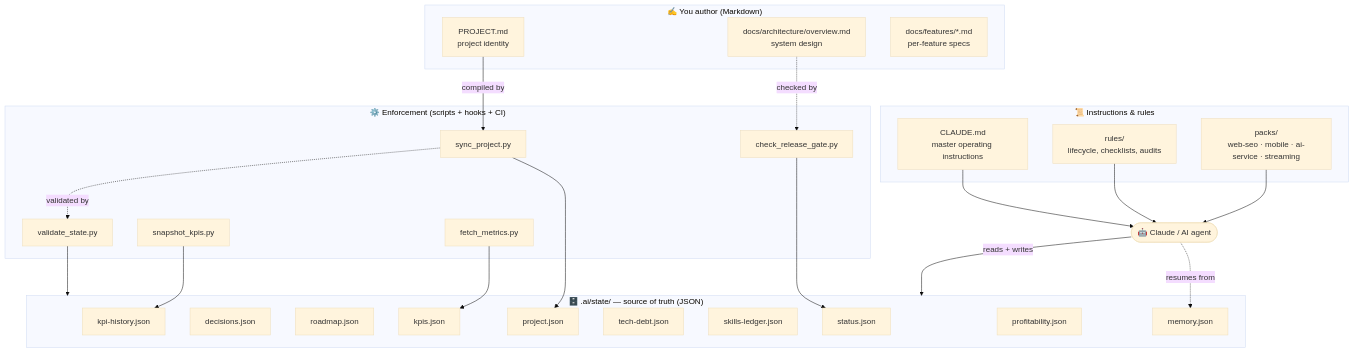
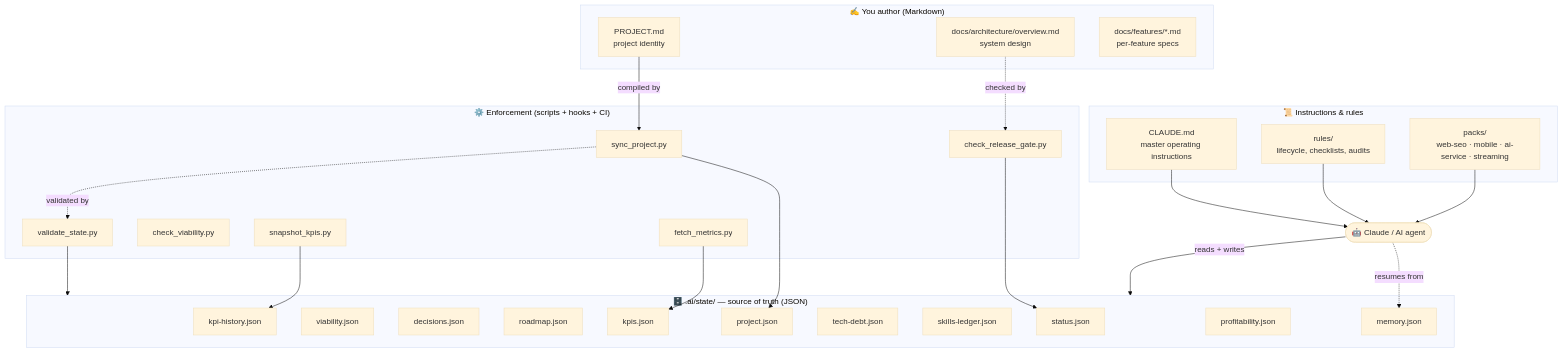
Before and after one commit to itsmarcosjreyes/praxis: the first of 6 diagrams in README.md, drawn with Mermaid (base theme). The commit also changed other lines of this file and 17 other files, not shown here.

````diff
--- a/README.md
+++ b/README.md
@@ -23,50 +23,52 @@
 ```mermaid
 flowchart TB
     subgraph Author["✍️ You author (Markdown)"]
         PM["PROJECT.md<br/>project identity"]
         ARCH["docs/architecture/overview.md<br/>system design"]
         FEAT["docs/features/*.md<br/>per-feature specs"]
     end
 
     subgraph Instr["📜 Instructions & rules"]
         CL["CLAUDE.md<br/>master operating instructions"]
         RULES["rules/<br/>lifecycle, checklists, audits"]
         PACKS["packs/<br/>web-seo · mobile · ai-service · streaming"]
     end
 
     subgraph State["🗄️ .ai/state/ — source of truth (JSON)"]
         PJ["project.json"]
+        VIA["viability.json"]
         DEC["decisions.json"]
         ROAD["roadmap.json"]
         KPI["kpis.json"]
         KPIH["kpi-history.json"]
         DEBT["tech-debt.json"]
         SKILL["skills-ledger.json"]
         MEM["memory.json"]
         PROF["profitability.json"]
         STAT["status.json"]
     end
 
     subgraph Enforce["⚙️ Enforcement (scripts + hooks + CI)"]
         SYNC["sync_project.py"]
         VAL["validate_state.py"]
+        VIAC["check_viability.py"]
         GATE["check_release_gate.py"]
         SNAP["snapshot_kpis.py"]
         FETCH["fetch_metrics.py"]
     end
 
     AGENT(["🤖 Claude / AI agent"])
 
     PM -->|"compiled by"| SYNC --> PJ
     SYNC -.->|"validated by"| VAL
     ARCH -.->|"checked by"| GATE
     CL --> AGENT
     RULES --> AGENT
     PACKS --> AGENT
     AGENT -->|"reads + writes"| State
     VAL --> State
     GATE --> STAT
     FETCH --> KPI
     SNAP --> KPIH
     AGENT -.->|"resumes from"| MEM
 ```
````
